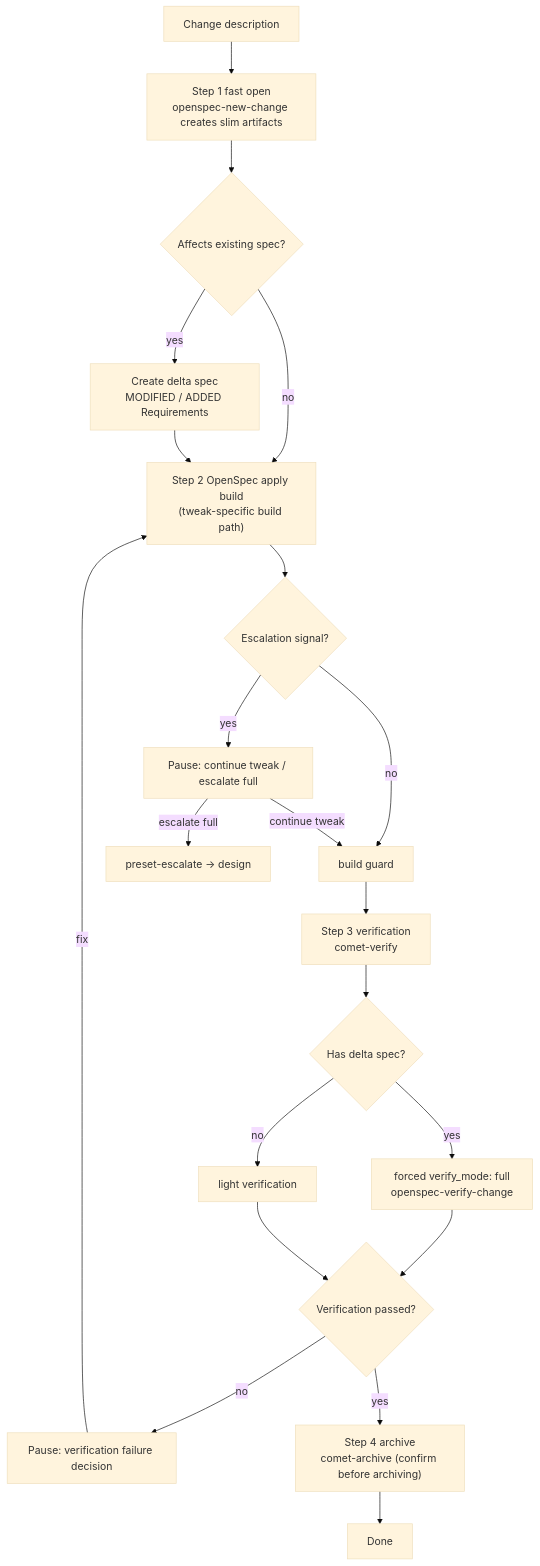
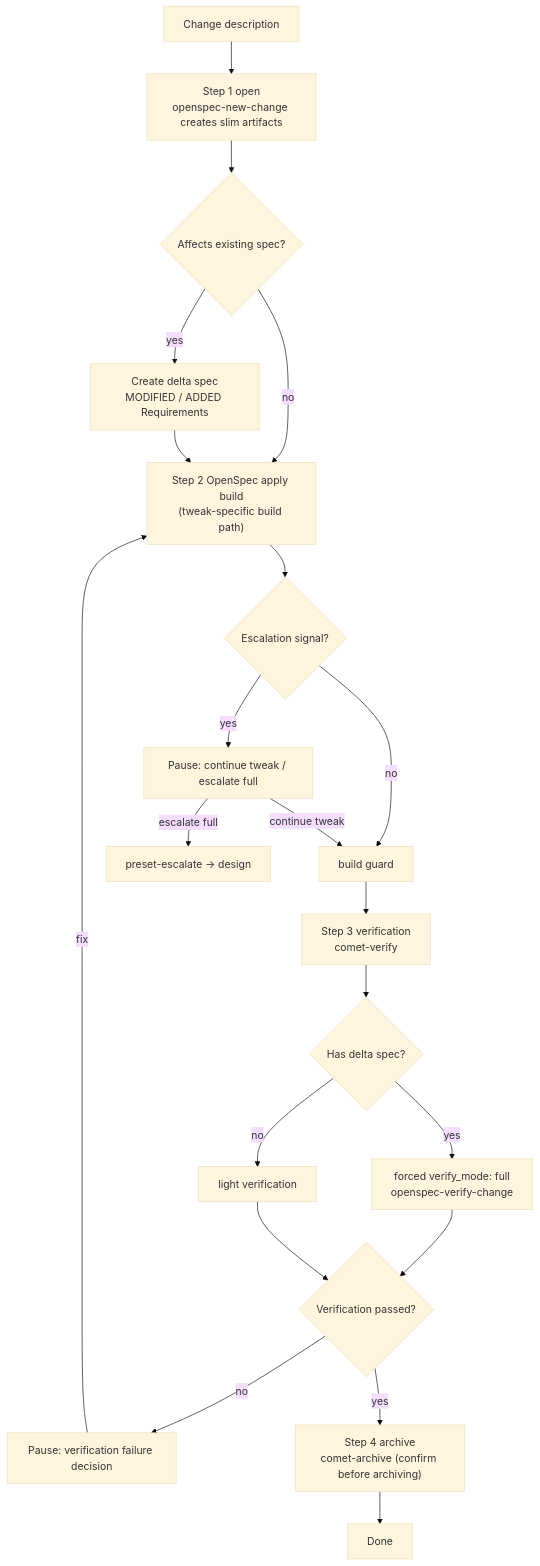
Before and after one commit to rpamis/comet-website-docs: the diagram in en/presets/tweak.mdx, drawn with Mermaid (base theme). The commit also changed other lines of this file and 103 other files, not shown here.

````diff
--- a/en/presets/tweak.mdx
+++ b/en/presets/tweak.mdx
@@ -91,23 +91,23 @@
 ```mermaid
 flowchart TD
-    Start["Change description"] --> S1["Step 1 fast open<br/>openspec-new-change creates slim artifacts"]
+    Start["Change description"] --> S1["Step 1 open<br/>openspec-new-change creates slim artifacts"]
     S1 --> Delta{"Affects existing spec?"}
     Delta -->|yes| CreateDelta["Create delta spec<br/>MODIFIED / ADDED Requirements"]
     Delta -->|no| S2["Step 2 OpenSpec apply build<br/>(tweak-specific build path)"]
     CreateDelta --> S2
     S2 --> Esc{"Escalation signal?"}
     Esc -->|yes| EscStop["Pause: continue tweak / escalate full"]
     Esc -->|no| Guard["build guard"]
     EscStop -->|continue tweak| Guard
     EscStop -->|escalate full| EscUp["preset-escalate → design"]
     Guard --> S3["Step 3 verification<br/>comet-verify"]
     S3 --> HasDelta{"Has delta spec?"}
     HasDelta -->|yes| FullV["forced verify_mode: full<br/>openspec-verify-change"]
     HasDelta -->|no| LightV["light verification"]
     FullV --> Vf{"Verification passed?"}
     LightV --> Vf
     Vf -->|no| VfStop["Pause: verification failure decision"]
     VfStop -->|fix| S2
     Vf -->|yes| S4["Step 4 archive<br/>comet-archive (confirm before archiving)"]
     S4 --> Done["Done"]
 ```
````
